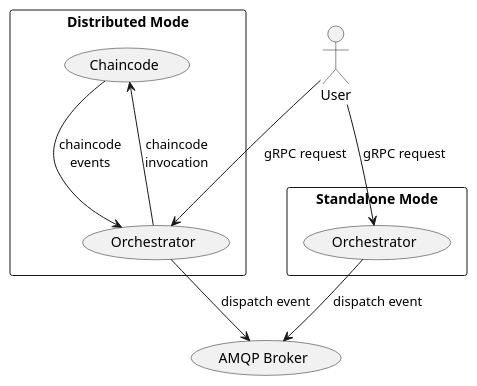
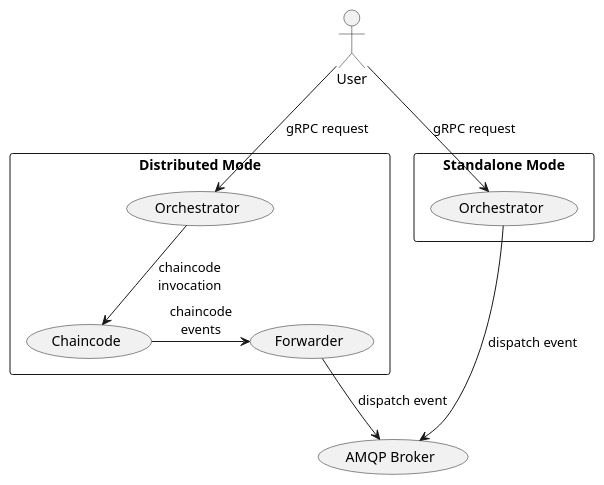
One commit to Substra/orchestrator changed the diagram in docs/schemas/events.plantuml. Above: the diagram before and after it, drawn with PlantUML. The commit also changed 3 other files, not shown here.

First line of the commit message:
doc: update schemas (#110)

```diff
--- a/docs/schemas/events.plantuml
+++ b/docs/schemas/events.plantuml
@@ -1,24 +1,25 @@
 @startuml
 
 actor User as u
 
 rectangle "Standalone Mode" {
     usecase Orchestrator as s_or
 }
 
 rectangle "Distributed Mode" {
     usecase Orchestrator as c_or
     usecase Chaincode as cc
+    usecase Forwarder as cf
 }
 
 u --> s_or : gRPC request
 u --> c_or : gRPC request
 
 c_or --> cc: chaincode\ninvocation
 
 s_or --> (AMQP Broker): dispatch event
-c_or --> (AMQP Broker): dispatch event
+cf --> (AMQP Broker): dispatch event
 
-cc -> c_or: chaincode\nevents
+cc -> cf: chaincode\nevents
 
 @enduml
```
